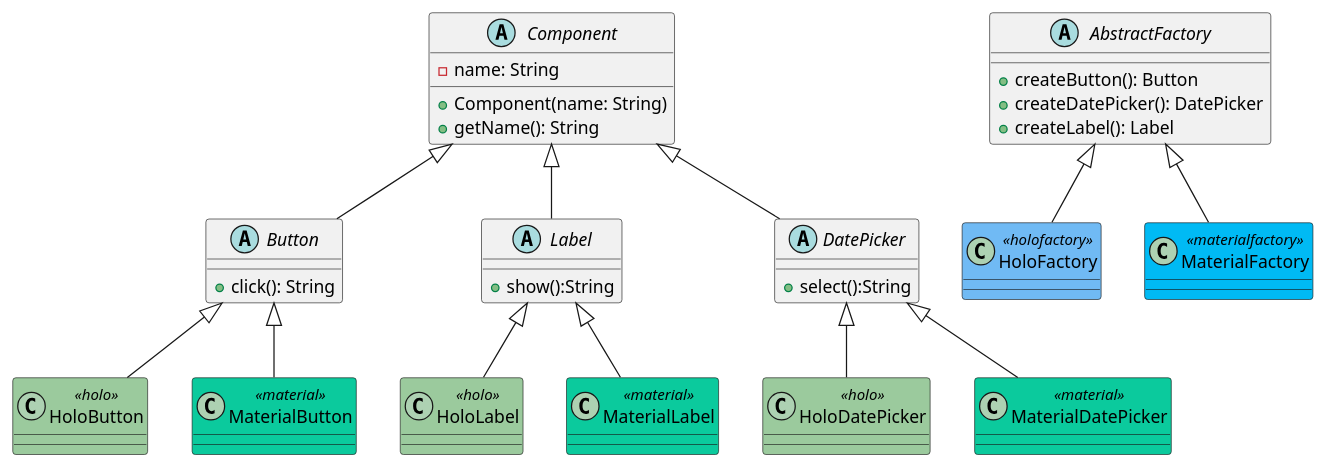
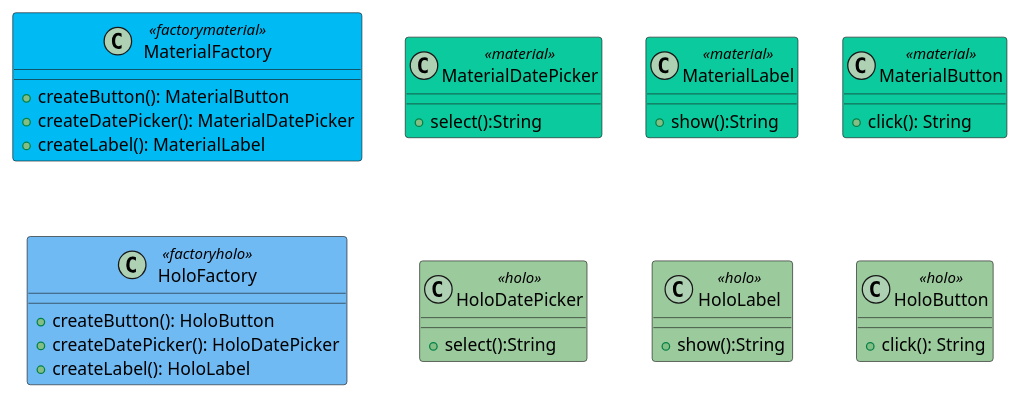
Before and after one commit to kotsaw/design-pattern: the diagram in src/uml/abstractfactory.puml, drawn with PlantUML. The commit also changed 16 other files, not shown here.

```diff
--- a/src/uml/abstractfactory.puml
+++ b/src/uml/abstractfactory.puml
@@ -1,51 +1,46 @@
 @startuml AbstractFactory
 
 skinparam class {
     BackgroundColor<<holo>> #9bca9d
+    BackgroundColor<<factoryholo>> #70baf4
     BackgroundColor<<material>> #0bca9d
-	BackgroundColor<<holofactory>> #70baf4
-	BackgroundColor<<materialfactory>> #00baf4
+	BackgroundColor<<factorymaterial>> #00baf4
 }
-abstract class Component {
-    - name: String
-    + Component(name: String)
-    + getName(): String
-}
-abstract class Button {
+
+class HoloButton <<holo>> {
     + click(): String
 }
-Component <|-- Button
-abstract class Label {
+class HoloLabel <<holo>> {
     + show():String
 }
-Component <|-- Label
-abstract class DatePicker {
+class HoloDatePicker <<holo>> {
     + select():String
 }
-Component <|-- DatePicker
-abstract class AbstractFactory {
-    + createButton(): Button
-    + createDatePicker(): DatePicker
-    + createLabel(): Label
+
+class HoloFactory <<factoryholo>>{
+    + createButton(): HoloButton
+    + createDatePicker(): HoloDatePicker
+    + createLabel(): HoloLabel
 }
 
-class HoloButton <<holo>>
-Button <|-- HoloButton
-class HoloLabel <<holo>>
-Label <|-- HoloLabel
-class HoloDatePicker <<holo>>
-DatePicker <|-- HoloDatePicker
+class MaterialButton <<material>> {
+    + click(): String
+}
+class MaterialLabel <<material>> {
+    + show():String
+}
+class MaterialDatePicker <<material>> {
+    + select():String
+}
 
-class HoloFactory <<holofactory>>
-AbstractFactory <|-- HoloFactory
+class MaterialFactory <<factorymaterial>>{
+    + createButton(): MaterialButton
+    + createDatePicker(): MaterialDatePicker
+    + createLabel(): MaterialLabel
+}
 
-class MaterialButton <<material>>
-Button <|-- MaterialButton
-class MaterialLabel <<material>>
-Label <|-- MaterialLabel
-class MaterialDatePicker <<material>>
-DatePicker <|-- MaterialDatePicker
-
-class MaterialFactory <<materialfactory>>
-AbstractFactory <|-- MaterialFactory
+HoloButton -up[hidden]- MaterialButton
+HoloLabel -up[hidden]- MaterialLabel
+HoloDatePicker -up[hidden]- MaterialDatePicker
+HoloFactory -up[hidden]- MaterialFactory
 @enduml
```
